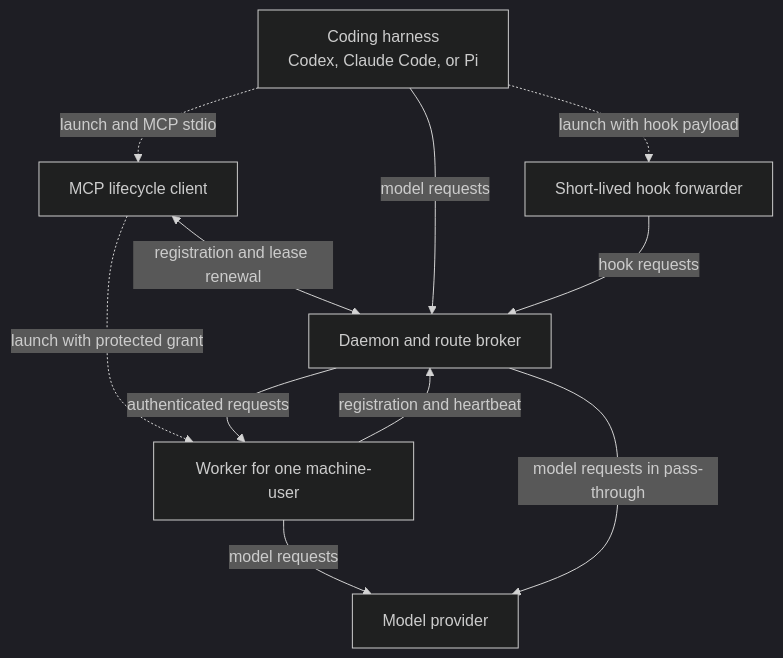
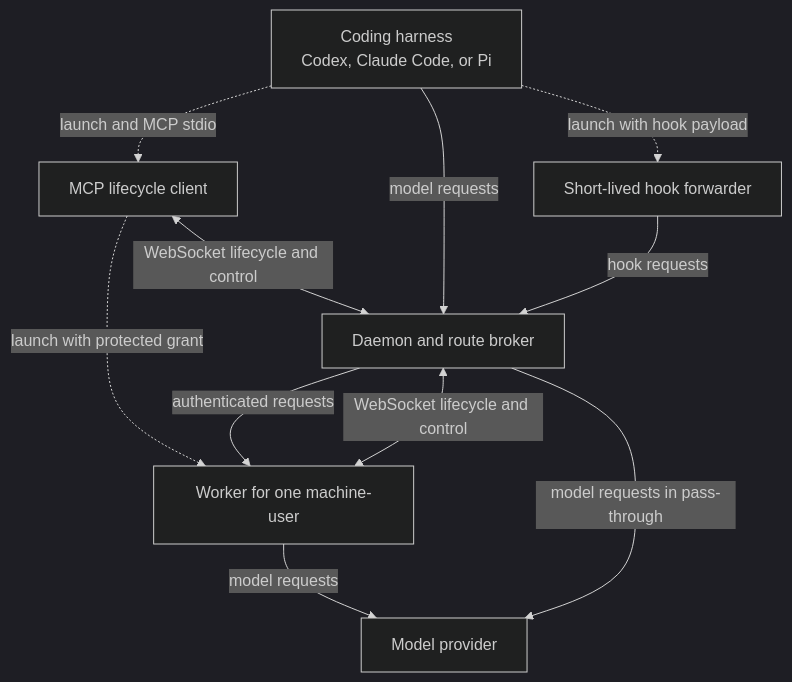
The first of 4 diagrams in docs/daemon/architecture.mdx (NVIDIA/NeMo-Flow), drawn with Mermaid (dark theme) before and after one commit. The commit also changed other lines of this file and 28 other files, not shown here.

First line of the commit message:
feat: use WebSocket sessions for daemon control

````diff
--- a/docs/daemon/architecture.mdx
+++ b/docs/daemon/architecture.mdx
@@ -26,19 +26,19 @@
 ```mermaid
 flowchart TD
     H["Coding harness<br/>Codex, Claude Code, or Pi"]
     M["MCP lifecycle client"]
     F["Short-lived hook forwarder"]
     D["Daemon and route broker"]
     W["Worker for one machine-user"]
     P["Model provider"]
     H -. "launch and MCP stdio" .-> M
     H -. "launch with hook payload" .-> F
-    M <-->|"registration and lease renewal"| D
+    M <-->|"WebSocket lifecycle and control"| D
     M -. "launch with protected grant" .-> W
-    W -->|"registration and heartbeat"| D
+    W <-->|"WebSocket lifecycle and control"| D
     H -->|"model requests"| D
     F -->|"hook requests"| D
     D -->|"authenticated requests"| W
     W -->|"model requests"| P
     D -->|"model requests in pass-through"| P
 ```
````
